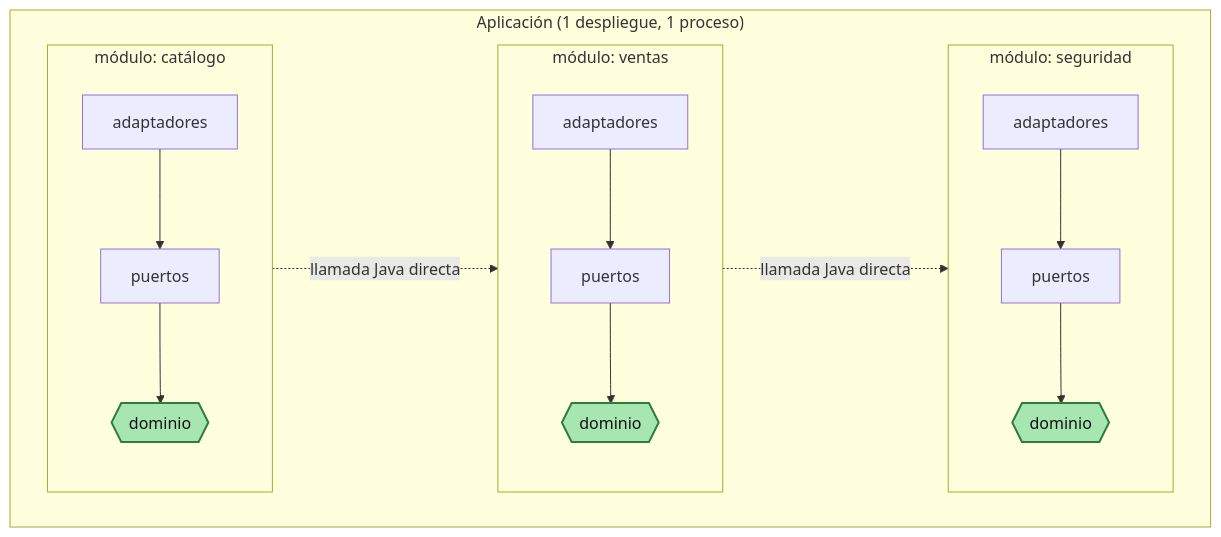
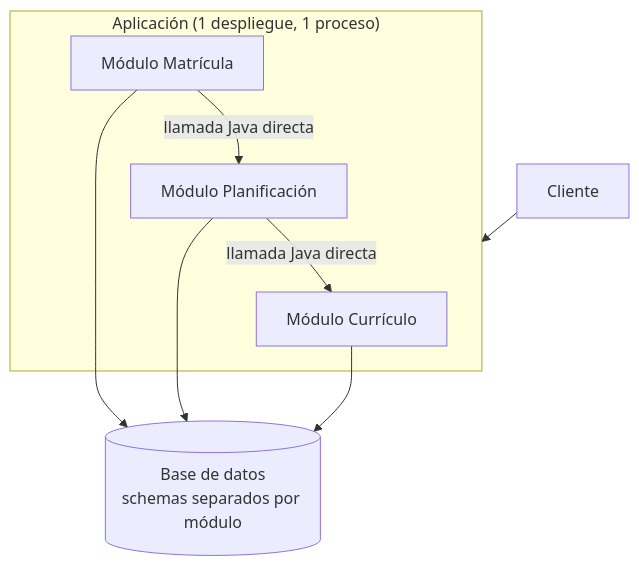
One commit to 262dist/pagatu changed the first of 3 diagrams in docs/proyecto-sello/acad.md. Above: the diagram before and after it, drawn with Mermaid. The commit also changed other lines of this file, not shown here.

````diff
--- a/docs/proyecto-sello/acad.md
+++ b/docs/proyecto-sello/acad.md
@@ -171,26 +171,17 @@
 ```mermaid
 flowchart TB
-    subgraph MONO["Aplicación (1 despliegue, 1 proceso)"]
-        direction LR
-        subgraph M1["módulo: catálogo"]
-            direction TB
-            A1["adaptadores"] --> P1["puertos"]
-            P1 --> D1{{"dominio"}}
-        end
-        subgraph M2["módulo: ventas"]
-            direction TB
-            A2["adaptadores"] --> P2["puertos"]
-            P2 --> D2{{"dominio"}}
-        end
-        subgraph M3["módulo: seguridad"]
-            direction TB
-            A3["adaptadores"] --> P3["puertos"]
-            P3 --> D3{{"dominio"}}
-        end
-        M1 -.->|"llamada Java directa"| M2
-        M2 -.->|"llamada Java directa"| M3
+    Cliente["Cliente"]
+    subgraph APP["Aplicación (1 despliegue, 1 proceso)"]
+        Curriculo["Módulo Currículo"]
+        Planificacion["Módulo Planificación"]
+        Matricula["Módulo Matrícula"]
+        Matricula -->|"llamada Java directa"| Planificacion
+        Planificacion -->|"llamada Java directa"| Curriculo
     end
+    DB[("Base de datos<br/>schemas separados por módulo")]
 
-    classDef dominio fill:#a8e6b0,stroke:#2f7d3c,stroke-width:2px,color:#111;
-    class D1,D2,D3 dominio;
+    Cliente --> APP
+    Curriculo --> DB
+    Planificacion --> DB
+    Matricula --> DB
 ```
````
